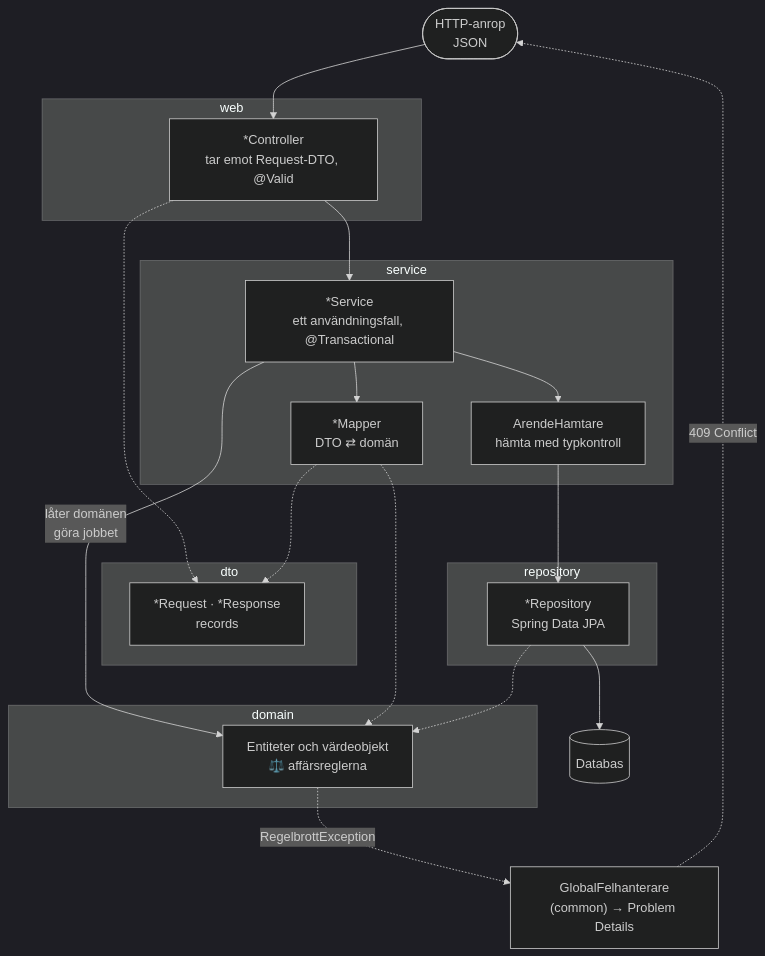
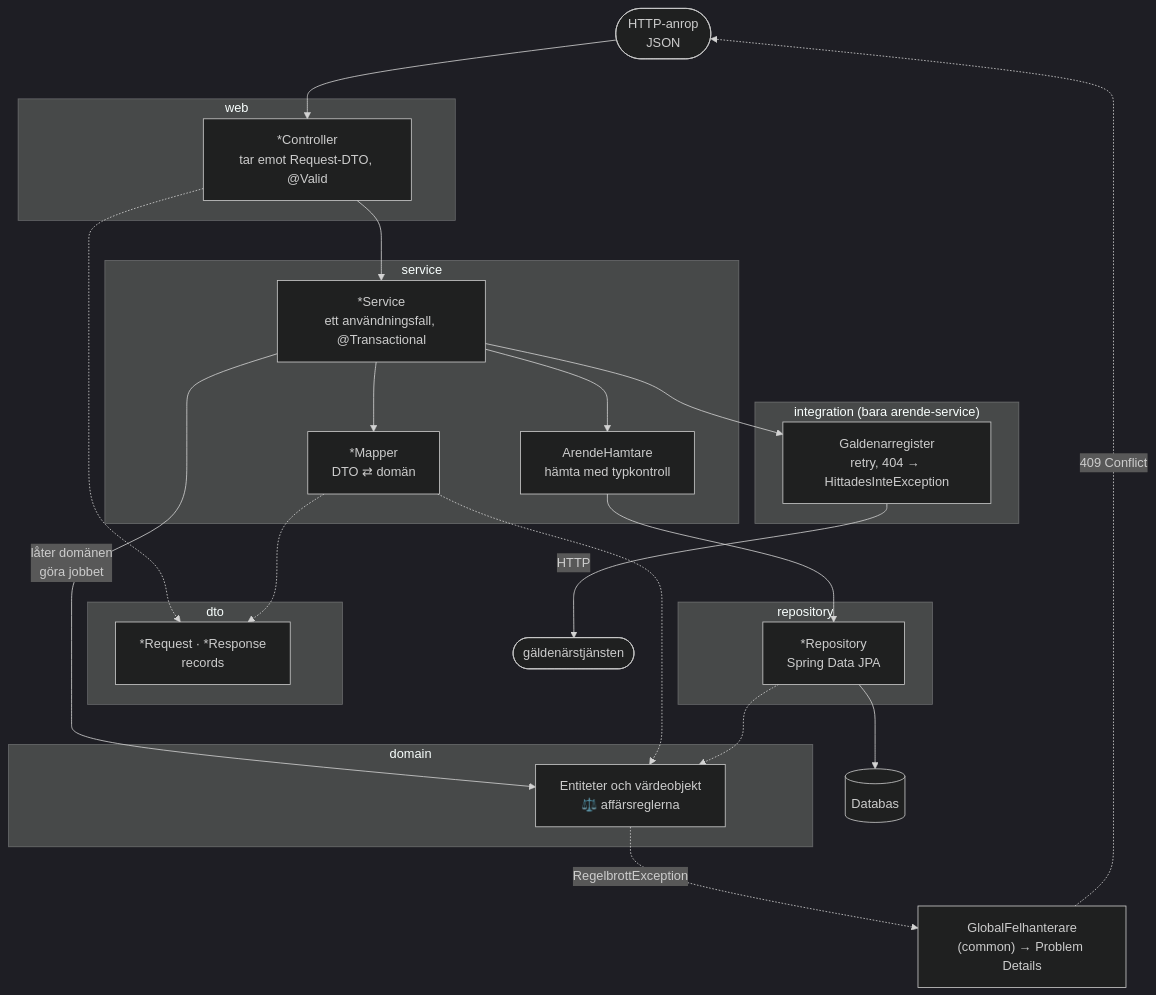
One commit to JudyTutala95/skuld-handlaggning changed the third of 15 diagrams in docs/diagram.md. Above: the diagram before and after it, drawn with Mermaid (dark theme). The commit also changed other lines of this file and 216 other files, not shown here.

````diff
--- a/docs/diagram.md
+++ b/docs/diagram.md
@@ -94,36 +113,41 @@
 ```mermaid
 flowchart TB
     HTTP(["HTTP-anrop<br/>JSON"])
 
     subgraph web["web"]
         CTRL["*Controller<br/>tar emot Request-DTO, @Valid"]
     end
     subgraph dto["dto"]
         REQ["*Request · *Response<br/>records"]
     end
     subgraph service["service"]
         SVC["*Service<br/>ett användningsfall, @Transactional"]
         MAP["*Mapper<br/>DTO ⇄ domän"]
         HAMT["ArendeHamtare<br/>hämta med typkontroll"]
     end
     subgraph domain["domain"]
         DOM["Entiteter och värdeobjekt<br/>⚖️ affärsreglerna"]
     end
     subgraph repository["repository"]
         REPO["*Repository<br/>Spring Data JPA"]
     end
+    subgraph integration["integration (bara arende-service)"]
+        INT["Galdenarregister<br/>retry, 404 → HittadesInteException"]
+    end
     DB[("Databas")]
+    EXT(["gäldenärstjänsten"])
     FEL["GlobalFelhanterare<br/>(common) → Problem Details"]
 
     HTTP --> CTRL
     CTRL --> SVC
     CTRL -.-> REQ
     SVC --> MAP
     SVC --> HAMT --> REPO --> DB
     SVC -->|"låter domänen<br/>göra jobbet"| DOM
     MAP -.-> REQ
     MAP -.-> DOM
     REPO -.-> DOM
+    SVC --> INT -->|HTTP| EXT
     DOM -. "RegelbrottException" .-> FEL
     FEL -. "409 Conflict" .-> HTTP
 ```
````
